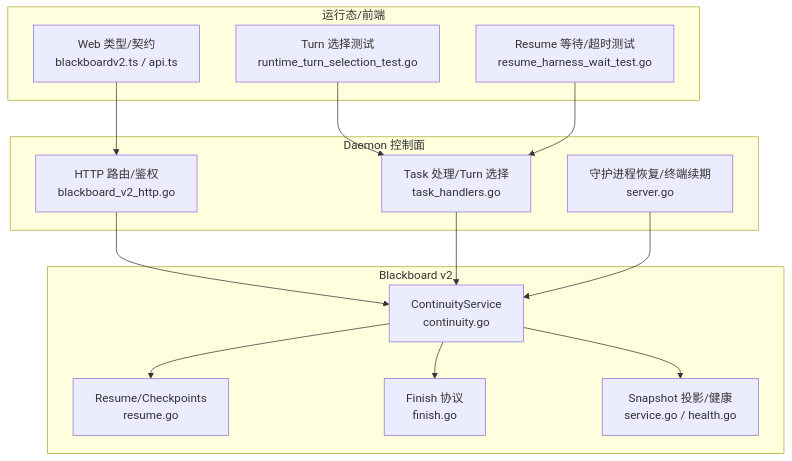
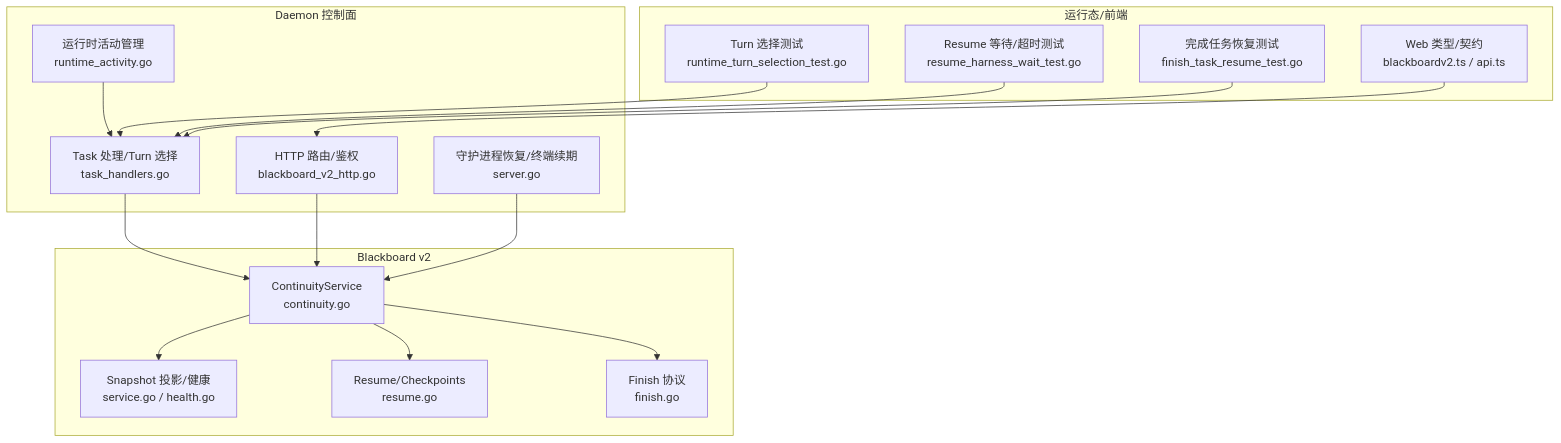
Before and after one commit to n1majne3/CyberPenda: the first of 8 diagrams in .qoder/repowiki/zh/content/核心架构/控制平面 - Daemon服务/任务生命周期管理/任务恢复与续传.md, drawn with Mermaid. The commit also changed other lines of this file and 159 other files, not shown here.

````diff
--- a/.qoder/repowiki/zh/content/核心架构/控制平面 - Daemon服务/任务生命周期管理/任务恢复与续传.md
+++ b/.qoder/repowiki/zh/content/核心架构/控制平面 - Daemon服务/任务生命周期管理/任务恢复与续传.md
@@ -53,28 +64,32 @@
 ```mermaid
 graph TB
 subgraph "Blackboard v2"
 C["ContinuityService<br/>continuity.go"]
 R["Resume/Checkpoints<br/>resume.go"]
 F["Finish 协议<br/>finish.go"]
 S["Snapshot 投影/健康<br/>service.go / health.go"]
 end
 subgraph "Daemon 控制面"
 H["HTTP 路由/鉴权<br/>blackboard_v2_http.go"]
 T["Task 处理/Turn 选择<br/>task_handlers.go"]
 SV["守护进程恢复/终端续期<br/>server.go"]
+RA["运行时活动管理<br/>runtime_activity.go"]
 end
 subgraph "运行态/前端"
 RT["Turn 选择测试<br/>runtime_turn_selection_test.go"]
 RH["Resume 等待/超时测试<br/>resume_harness_wait_test.go"]
+FR["完成任务恢复测试<br/>finish_task_resume_test.go"]
 W["Web 类型/契约<br/>blackboardv2.ts / api.ts"]
 end
 H --> C
 T --> C
 SV --> C
+RA --> T
 C --> S
 C --> R
 C --> F
 RT --> T
 RH --> T
+FR --> T
 W --> H
 ```
````
